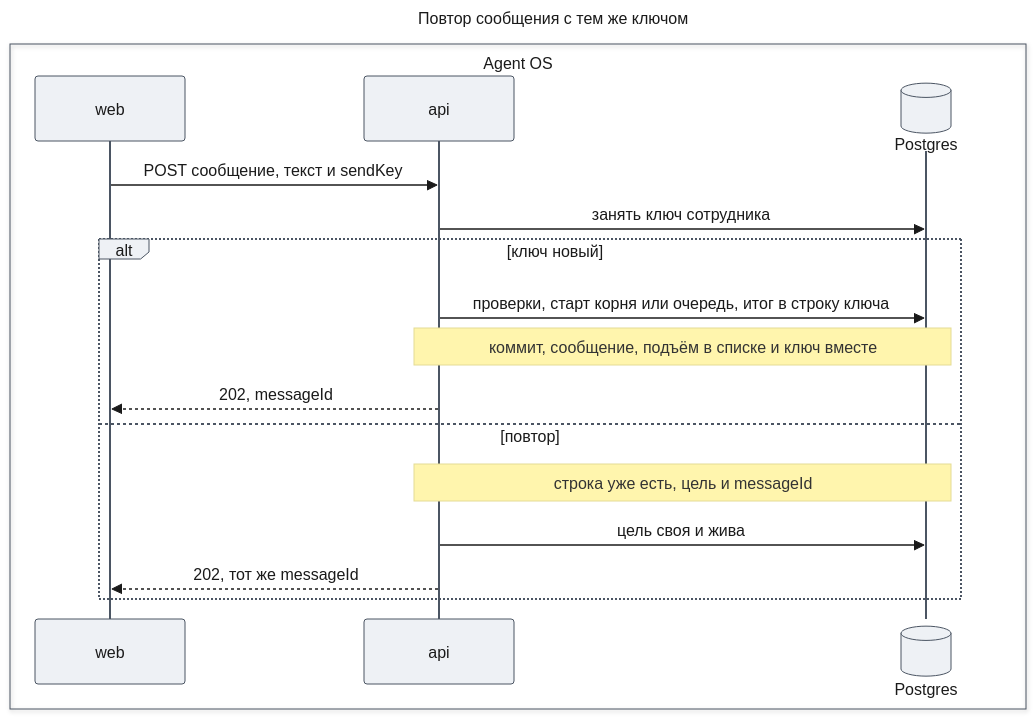
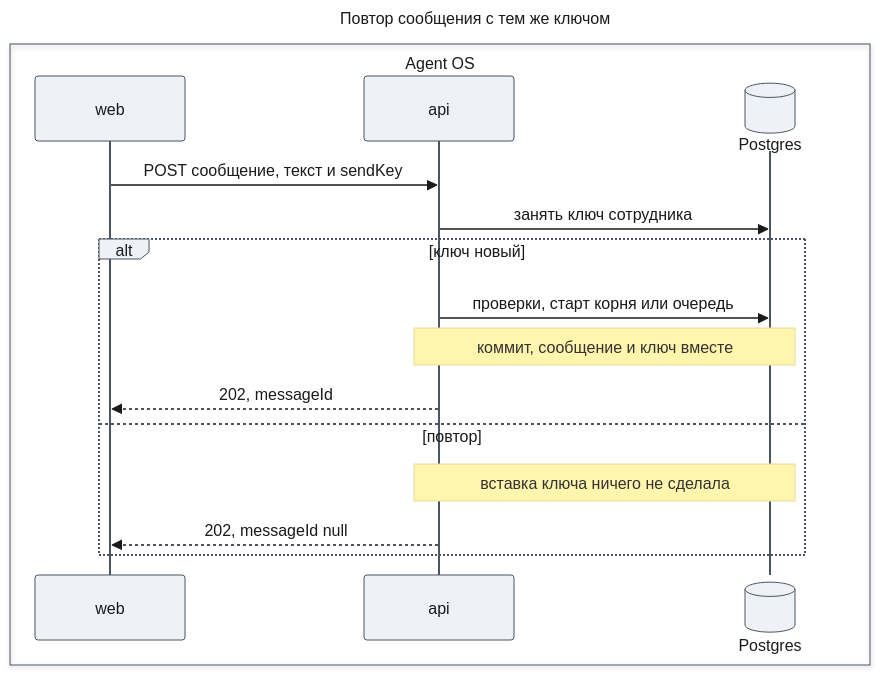
The fourth of 5 diagrams in docs/features/runtime-fixes/design-send.md (tundraray/agent-os), drawn with Mermaid before and after one commit. The commit also changed other lines of this file and 3 other files, not shown here.

````diff
--- a/docs/features/runtime-fixes/design-send.md
+++ b/docs/features/runtime-fixes/design-send.md
@@ -281,39 +265,37 @@
 ```mermaid
 ---
 title: "Повтор сообщения с тем же ключом"
 config:
   theme: base
   look: classic
   themeVariables:
     primaryColor: "#eef1f5"
     primaryBorderColor: "#4b5563"
     primaryTextColor: "#1a1a1a"
     lineColor: "#6b7280"
   themeCSS: |
-    @keyframes lit_f1send{0%,15%{stroke:#991b1b;stroke-width:6px}16.67%,100%{stroke:#37474f;stroke-width:2px}}
-    @keyframes litr_f1send{0%,15%{stroke:#1d4ed8;stroke-width:6px}16.67%,100%{stroke:#37474f;stroke-width:2px}}
-    .messageLine0[data-id='i0'],.messageLine1[data-id='i0']{animation:lit_f1send 7.2s linear 0s infinite}
-    .messageLine0[data-id='i1'],.messageLine1[data-id='i1']{animation:lit_f1send 7.2s linear 1.2s infinite}
-    .messageLine0[data-id='i3'],.messageLine1[data-id='i3']{animation:lit_f1send 7.2s linear 2.4s infinite}
-    .messageLine0[data-id='i5'],.messageLine1[data-id='i5']{animation:litr_f1send 7.2s linear 3.6s infinite}
-    .messageLine0[data-id='i8'],.messageLine1[data-id='i8']{animation:litr_f1send 7.2s linear 4.8s infinite}
-    .messageLine0[data-id='i9'],.messageLine1[data-id='i9']{animation:litr_f1send 7.2s linear 6s infinite}
+    @keyframes lit_f1send{0%,18%{stroke:#991b1b;stroke-width:6px}20%,100%{stroke:#37474f;stroke-width:2px}}
+    @keyframes litr_f1send{0%,18%{stroke:#1d4ed8;stroke-width:6px}20%,100%{stroke:#37474f;stroke-width:2px}}
+    .messageLine0[data-id='i0'],.messageLine1[data-id='i0']{animation:lit_f1send 6s linear 0s infinite}
+    .messageLine0[data-id='i1'],.messageLine1[data-id='i1']{animation:lit_f1send 6s linear 1.2s infinite}
+    .messageLine0[data-id='i3'],.messageLine1[data-id='i3']{animation:lit_f1send 6s linear 2.4s infinite}
+    .messageLine0[data-id='i5'],.messageLine1[data-id='i5']{animation:litr_f1send 6s linear 3.6s infinite}
+    .messageLine0[data-id='i8'],.messageLine1[data-id='i8']{animation:litr_f1send 6s linear 4.8s infinite}
 ---
 sequenceDiagram
     box Agent OS
         participant Web as web
         participant Api as api
         participant DB@{ "type": "database" } as Postgres
     end
     Web->>Api: POST сообщение, текст и sendKey
     Api->>DB: занять ключ сотрудника
     alt ключ новый
-        Api->>DB: проверки, старт корня или очередь, итог в строку ключа
-        Note over Api,DB: коммит, сообщение, подъём в списке и ключ вместе
+        Api->>DB: проверки, старт корня или очередь
+        Note over Api,DB: коммит, сообщение и ключ вместе
         Api-->>Web: 202, messageId
     else повтор
-        Note over Api,DB: строка уже есть, цель и messageId
-        Api->>DB: цель своя и жива
-        Api-->>Web: 202, тот же messageId
+        Note over Api,DB: вставка ключа ничего не сделала
+        Api-->>Web: 202, messageId null
     end
 ```
````
